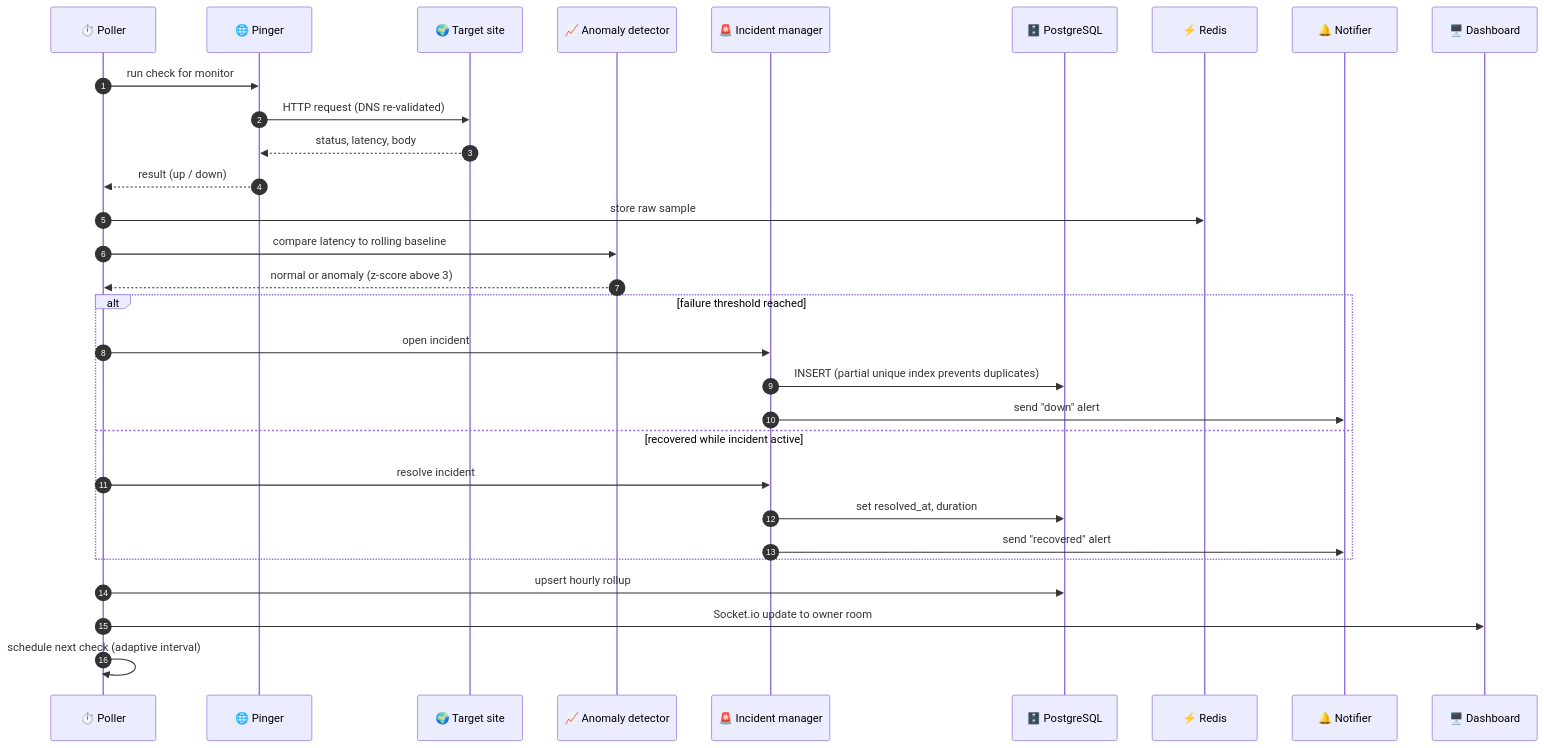
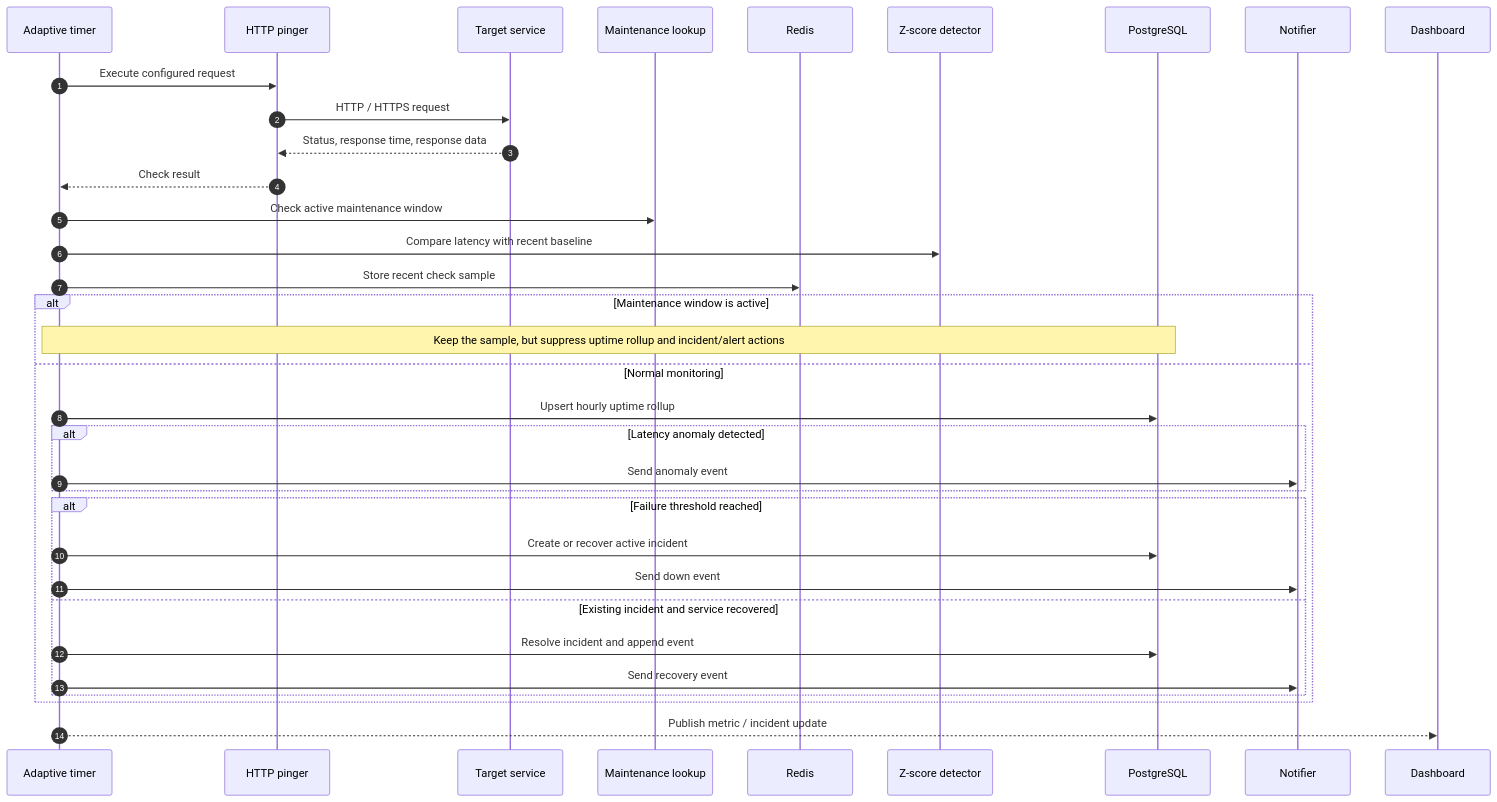
Before and after one commit to Neemasree/PULSEWATCH: the third of 6 diagrams in README.md, drawn with Mermaid. The commit also changed other lines of this file, not shown here.

````diff
--- a/README.md
+++ b/README.md
@@ -173,35 +166,39 @@
 ```mermaid
 sequenceDiagram
-  autonumber
-  participant P as ⏱️ Poller
-  participant H as 🌐 Pinger
-  participant S as 🌍 Target site
-  participant A as 📈 Anomaly detector
-  participant I as 🚨 Incident manager
-  participant DB as 🗄️ PostgreSQL
-  participant R as ⚡ Redis
-  participant N as 🔔 Notifier
-  participant U as 🖥️ Dashboard
+    autonumber
+    participant T as Adaptive timer
+    participant P as HTTP pinger
+    participant S as Target service
+    participant M as Maintenance lookup
+    participant R as Redis
+    participant A as Z-score detector
+    participant D as PostgreSQL
+    participant N as Notifier
+    participant UI as Dashboard
 
-  P->>H: run check for monitor
-  H->>S: HTTP request (DNS re-validated)
-  S-->>H: status, latency, body
-  H-->>P: result (up / down)
-  P->>R: store raw sample
-  P->>A: compare latency to rolling baseline
-  A-->>P: normal or anomaly (z-score above 3)
+    T->>P: Execute configured request
+    P->>S: HTTP / HTTPS request
+    S-->>P: Status, response time, response data
+    P-->>T: Check result
+    T->>M: Check active maintenance window
+    T->>A: Compare latency with recent baseline
+    T->>R: Store recent check sample
 
-  alt failure threshold reached
-    P->>I: open incident
-    I->>DB: INSERT (partial unique index prevents duplicates)
-    I->>N: send "down" alert
-  else recovered while incident active
-    P->>I: resolve incident
-    I->>DB: set resolved_at, duration
-    I->>N: send "recovered" alert
-  end
+    alt Maintenance window is active
+        Note over T,D: Keep the sample, but suppress uptime rollup and incident/alert actions
+    else Normal monitoring
+        T->>D: Upsert hourly uptime rollup
+        alt Latency anomaly detected
+            T->>N: Send anomaly event
+        end
+        alt Failure threshold reached
+            T->>D: Create or recover active incident
+            T->>N: Send down event
+        else Existing incident and service recovered
+            T->>D: Resolve incident and append event
+            T->>N: Send recovery event
+        end
+    end
 
-  P->>DB: upsert hourly rollup
-  P->>U: Socket.io update to owner room
-  P->>P: schedule next check (adaptive interval)
+    T-->>UI: Publish metric / incident update
 ```
````
